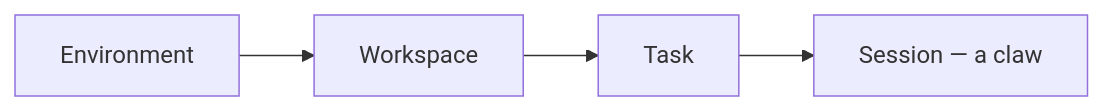
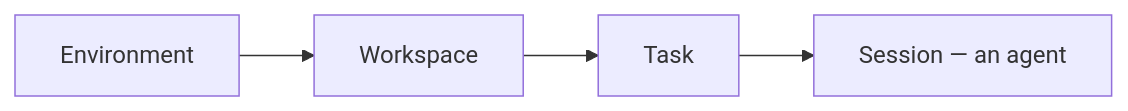
The diagram in apps/docs-site/docs/features/web-ui.md (nick-pape/grackle), drawn with Mermaid before and after one commit. The commit also changed other lines of this file and 29 other files, not shown here.

````diff
--- a/apps/docs-site/docs/features/web-ui.md
+++ b/apps/docs-site/docs/features/web-ui.md
@@ -52,6 +52,6 @@
 ```mermaid
 graph LR
   E[Environment] --> W[Workspace]
   W --> T[Task]
-  T --> S[Session — a claw]
+  T --> S[Session — an agent]
 ```
````
